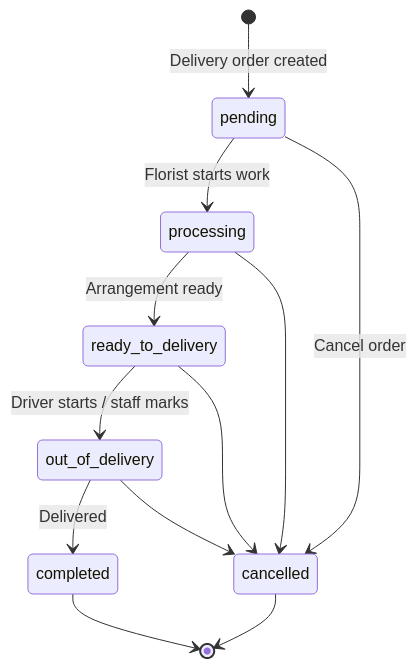
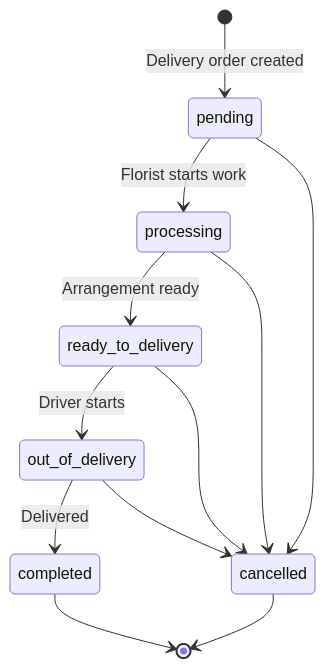
Before and after one commit to kahliantoo-rgb/tfg_vday: the fifth of 10 diagrams in docs/WORKFLOW.md, drawn with Mermaid. The commit also changed other lines of this file and 13 other files, not shown here.

````diff
--- a/docs/WORKFLOW.md
+++ b/docs/WORKFLOW.md
@@ -125,14 +139,14 @@
 ```mermaid
 stateDiagram-v2
     [*] --> pending: Delivery order created
     pending --> processing: Florist starts work
     processing --> ready_to_delivery: Arrangement ready
-    ready_to_delivery --> out_of_delivery: Driver starts / staff marks
+    ready_to_delivery --> out_of_delivery: Driver starts
     out_of_delivery --> completed: Delivered
-    pending --> cancelled: Cancel order
+    pending --> cancelled
     processing --> cancelled
     ready_to_delivery --> cancelled
     out_of_delivery --> cancelled
     completed --> [*]
     cancelled --> [*]
 ```
````
